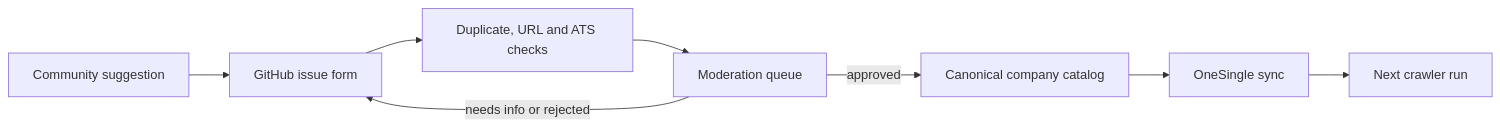
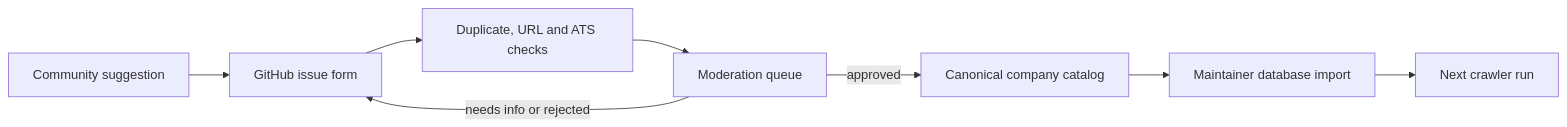
One commit to umutyesildal/job-client changed the diagram in docs/COMPANY_CATALOG.md. Above: the diagram before and after it, drawn with Mermaid. The commit also changed other lines of this file and 43 other files, not shown here.

````diff
--- a/docs/COMPANY_CATALOG.md
+++ b/docs/COMPANY_CATALOG.md
@@ -27,10 +33,10 @@
 ```mermaid
 flowchart LR
     U["Community suggestion"] --> I["GitHub issue form"]
     I --> V["Duplicate, URL and ATS checks"]
     V --> Q["Moderation queue"]
     Q -->|approved| C["Canonical company catalog"]
-    C --> S["OneSingle sync"]
+    C --> S["Maintainer database import"]
     S --> R["Next crawler run"]
     Q -->|needs info or rejected| I
 ```
````
